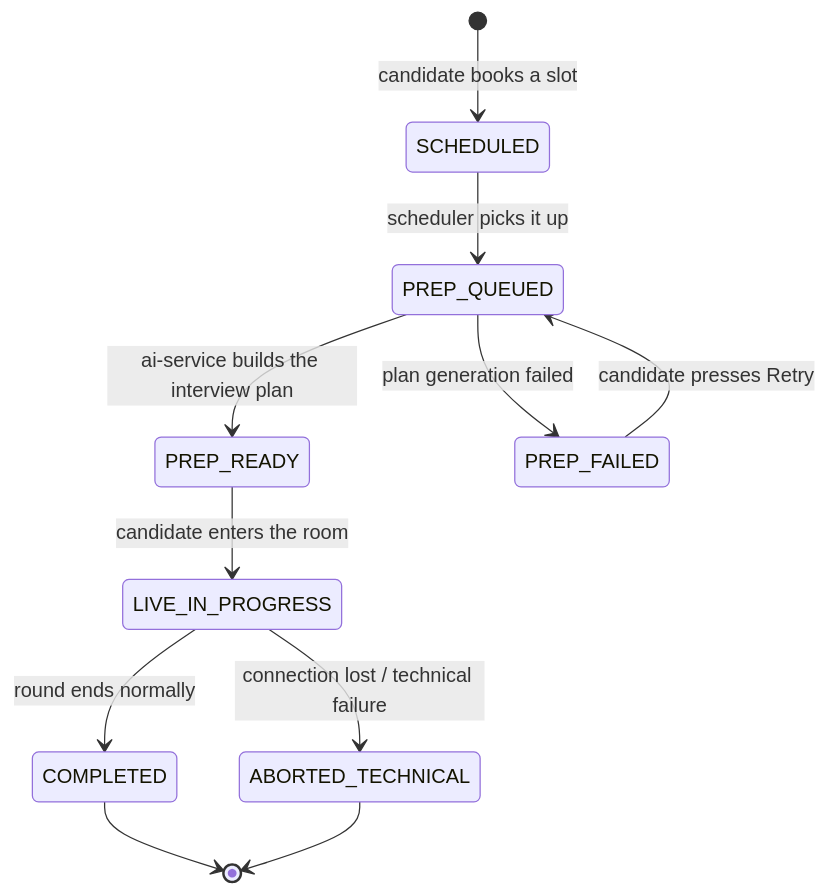
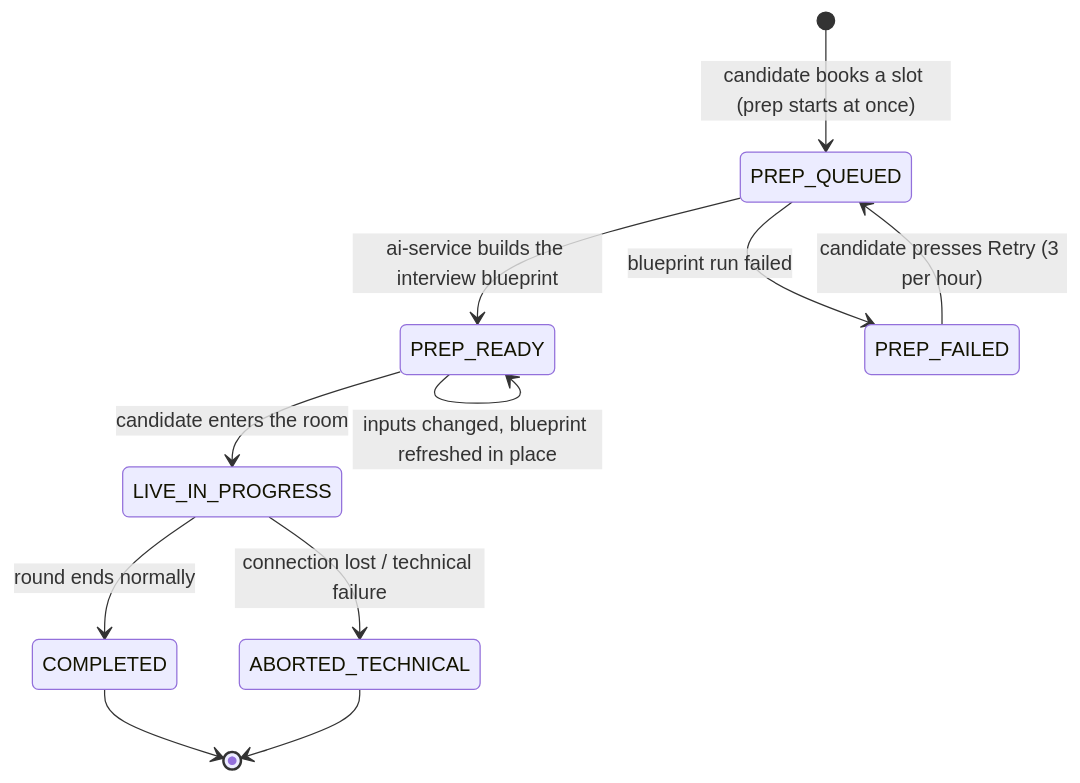
Before and after one commit to DeepanshuTyagi2004/interviewiq: the fifth of 7 diagrams in README.md, drawn with Mermaid. The commit also changed other lines of this file and 4 other files, not shown here.

````diff
--- a/README.md
+++ b/README.md
@@ -267,13 +370,13 @@
 ```mermaid
 stateDiagram-v2
-    [*] --> SCHEDULED: candidate books a slot
-    SCHEDULED --> PREP_QUEUED: scheduler picks it up
-    PREP_QUEUED --> PREP_READY: ai-service builds the interview plan
-    PREP_QUEUED --> PREP_FAILED: plan generation failed
-    PREP_FAILED --> PREP_QUEUED: candidate presses Retry
+    [*] --> PREP_QUEUED: candidate books a slot (prep starts at once)
+    PREP_QUEUED --> PREP_READY: ai-service builds the interview blueprint
+    PREP_QUEUED --> PREP_FAILED: blueprint run failed
+    PREP_FAILED --> PREP_QUEUED: candidate presses Retry (3 per hour)
+    PREP_READY --> PREP_READY: inputs changed, blueprint refreshed in place
     PREP_READY --> LIVE_IN_PROGRESS: candidate enters the room
     LIVE_IN_PROGRESS --> COMPLETED: round ends normally
     LIVE_IN_PROGRESS --> ABORTED_TECHNICAL: connection lost / technical failure
     COMPLETED --> [*]
     ABORTED_TECHNICAL --> [*]
 ```
````
